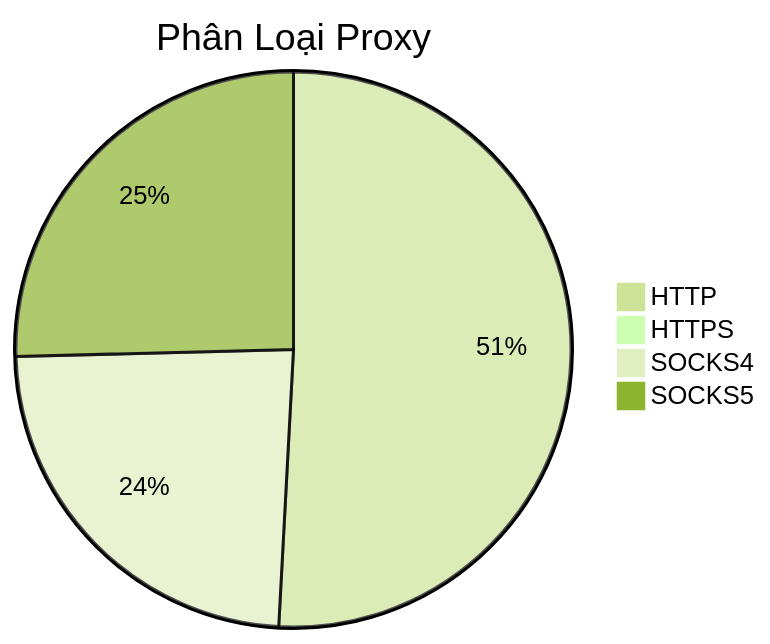
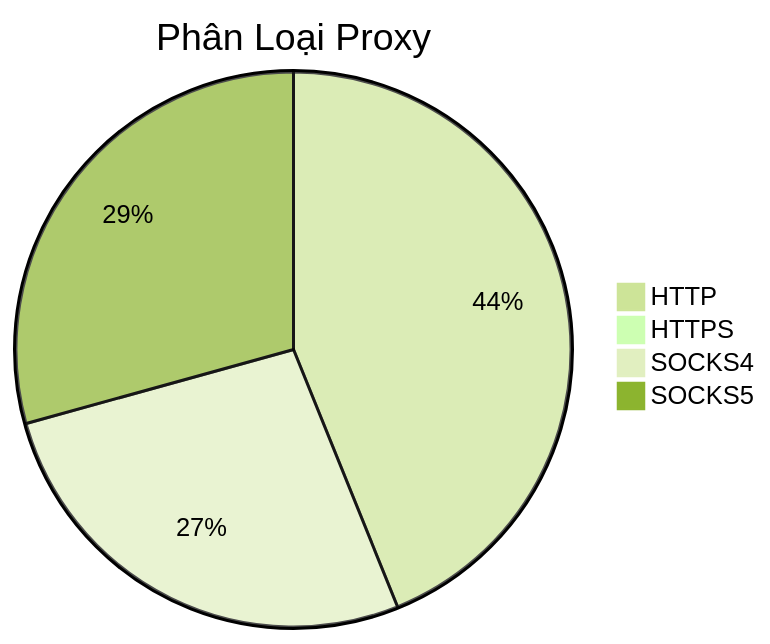
The diagram in README.md (Ciara-12/PROXY-free), drawn with Mermaid (forest theme) before and after one commit. The commit also changed other lines of this file and 4 other files, not shown here.

````diff
--- a/README.md
+++ b/README.md
@@ -26,7 +26,7 @@
 ```mermaid
 pie title Phân Loại Proxy
-    "HTTP" : 1109
-    "HTTPS" : 0
-    "SOCKS4" : 518
-    "SOCKS5" : 554
+    "HTTP" : 689
+    "HTTPS" : 3
+    "SOCKS4" : 421
+    "SOCKS5" : 460
 ```
````
